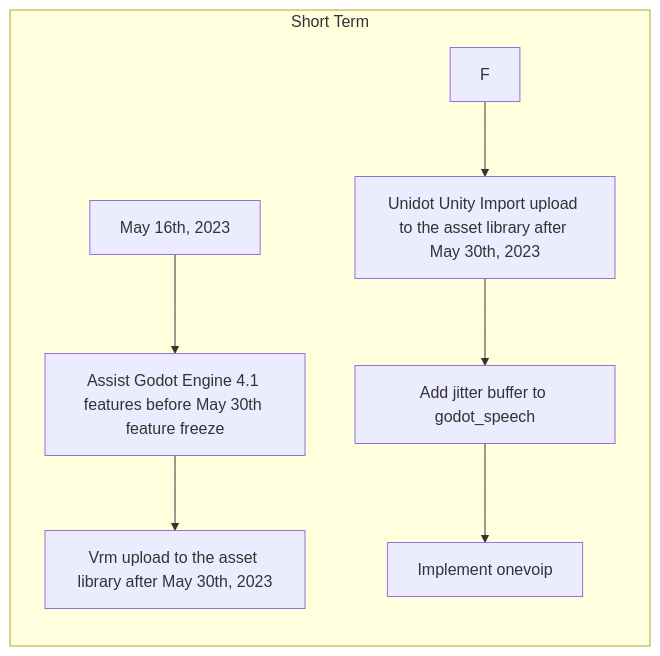
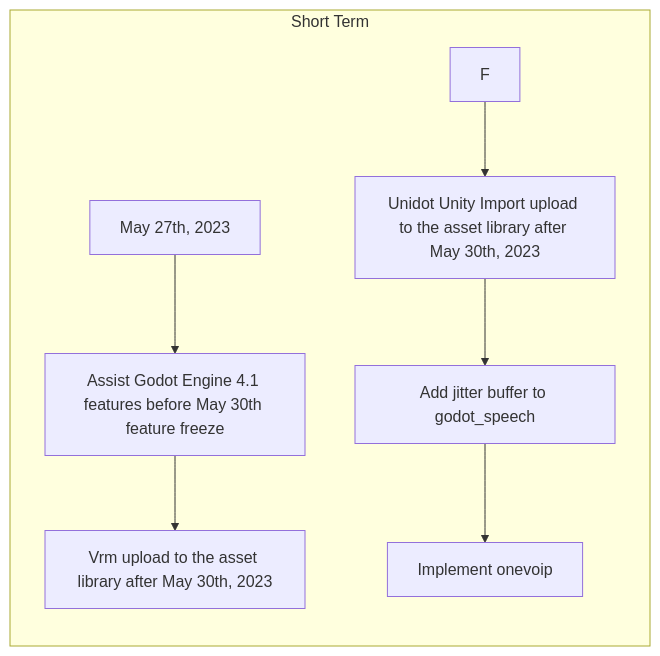
The diagram in decisions/20230527-v-sekai-roadmap.md (V-Sekai/manuals), drawn with Mermaid before and after one commit.

````diff
--- a/decisions/20230527-v-sekai-roadmap.md
+++ b/decisions/20230527-v-sekai-roadmap.md
@@ -19,10 +19,10 @@
 ```mermaid
 graph LR
   subgraph Short Term
-    A[May 16th, 2023] --> D[Assist Godot Engine 4.1 features before May 30th feature freeze]
+    A[May 27th, 2023] --> D[Assist Godot Engine 4.1 features before May 30th feature freeze]
     D --> E[Vrm upload to the asset library after May 30th, 2023]
     F --> G[Unidot Unity Import upload to the asset library after May 30th, 2023]
     G --> H[Add jitter buffer to godot_speech]
     H --> I[Implement onevoip]
   end
 ```
````
